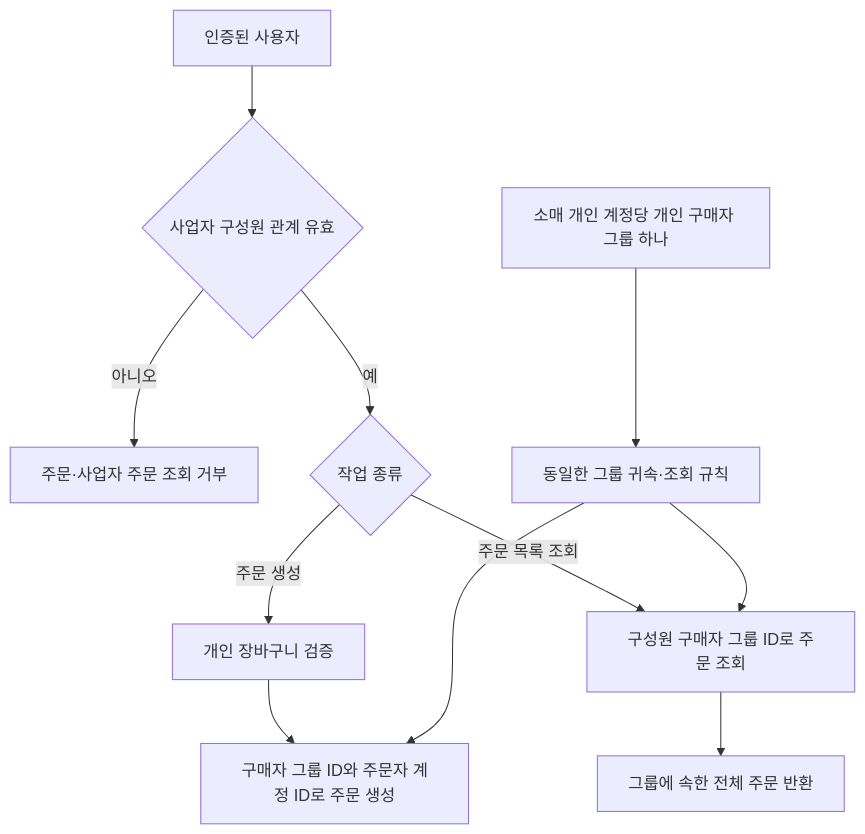
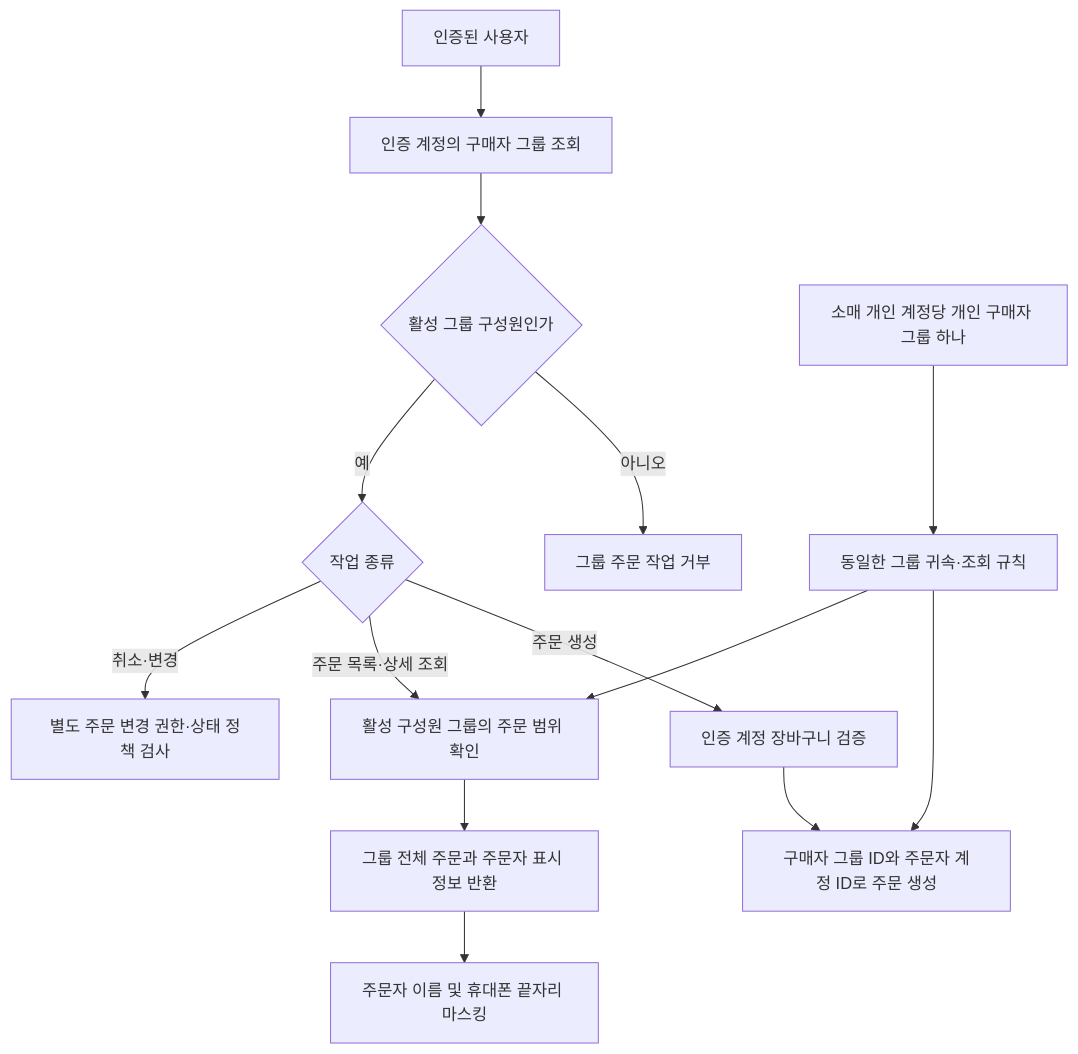
The third of 3 diagrams in docs/services/order.md (DongHyeonEom/umji-market-api), drawn with Mermaid before and after one commit. The commit also changed other lines of this file and 31 other files, not shown here.

````diff
--- a/docs/services/order.md
+++ b/docs/services/order.md
@@ -178,13 +179,16 @@
 ```mermaid
 flowchart TD
-    USER[인증된 사용자] --> MEMBER{사업자 구성원 관계 유효}
-    MEMBER -- 아니오 --> DENY[주문·사업자 주문 조회 거부]
+    USER[인증된 사용자] --> GROUP[인증 계정의 구매자 그룹 조회]
+    GROUP --> MEMBER{활성 그룹 구성원인가}
+    MEMBER -- 아니오 --> DENY[그룹 주문 작업 거부]
     MEMBER -- 예 --> ACTION{작업 종류}
-    ACTION -- 주문 생성 --> CART[개인 장바구니 검증]
+    ACTION -- 주문 생성 --> CART[인증 계정 장바구니 검증]
     CART --> ORDER[구매자 그룹 ID와 주문자 계정 ID로 주문 생성]
-    ACTION -- 주문 목록 조회 --> SCOPE[구성원 구매자 그룹 ID로 주문 조회]
-    SCOPE --> ALL[그룹에 속한 전체 주문 반환]
+    ACTION -- 주문 목록·상세 조회 --> SCOPE[활성 구성원 그룹의 주문 범위 확인]
+    SCOPE --> ALL[그룹 전체 주문과 주문자 표시 정보 반환]
+    ALL --> MASK[주문자 이름 및 휴대폰 끝자리 마스킹]
+    ACTION -- 취소·변경 --> MUTATE[별도 주문 변경 권한·상태 정책 검사]
     RETAIL[소매 개인 계정당 개인 구매자 그룹 하나] --> ORG[동일한 그룹 귀속·조회 규칙]
     ORG --> ORDER
     ORG --> SCOPE
 ```
````
